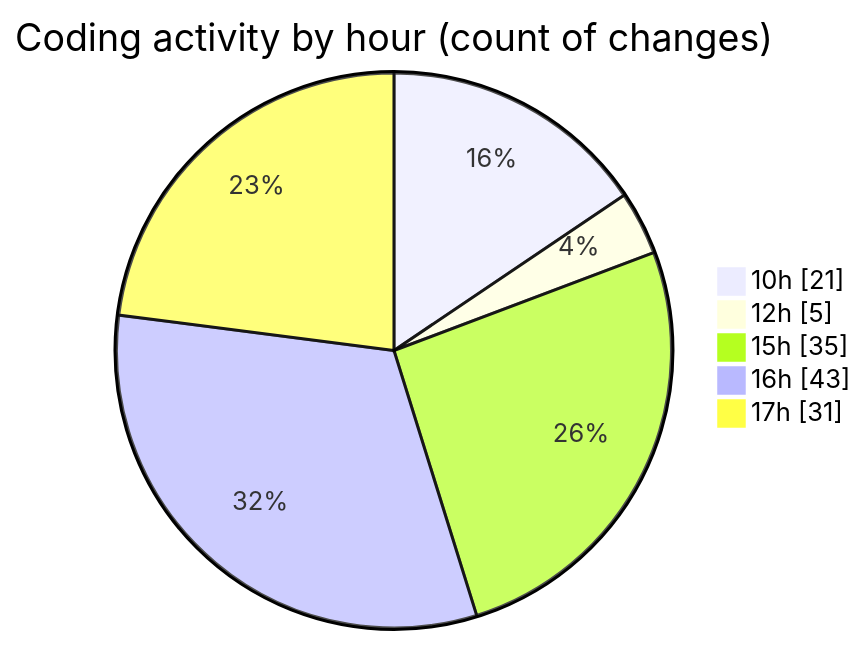
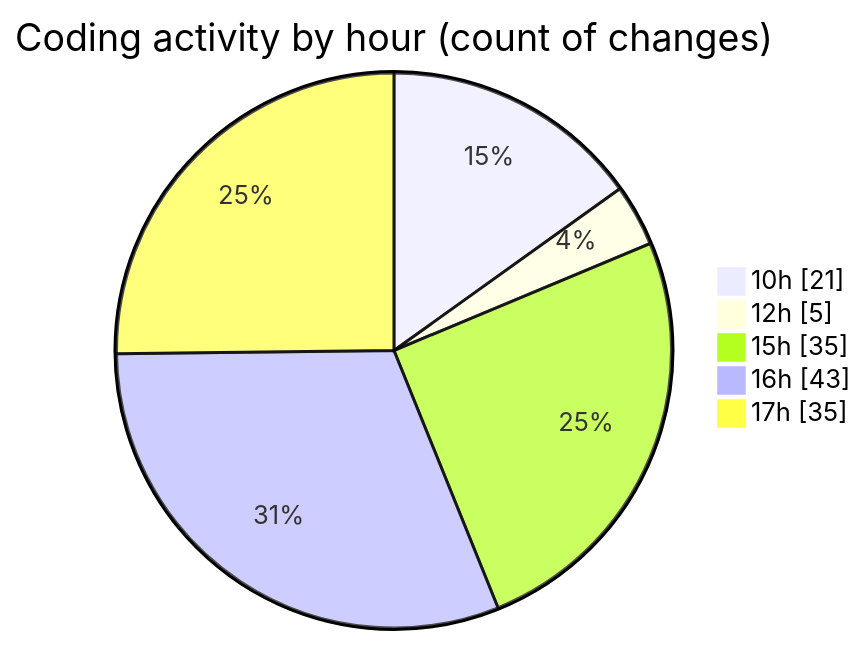
Before and after one commit to momahboobian/code-tracking: the second of 2 diagrams in 2025-08-27/cda/README.md, drawn with Mermaid. The commit also changed other lines of this file and 1 other file, not shown here.

````diff
--- a/2025-08-27/cda/README.md
+++ b/2025-08-27/cda/README.md
@@ -45,9 +45,9 @@
 ```mermaid
 pie showData
 title Coding activity by hour (count of changes)
 "10h" : 21
 "12h" : 5
 "15h" : 35
 "16h" : 43
-"17h" : 31
+"17h" : 35
 ```
````
